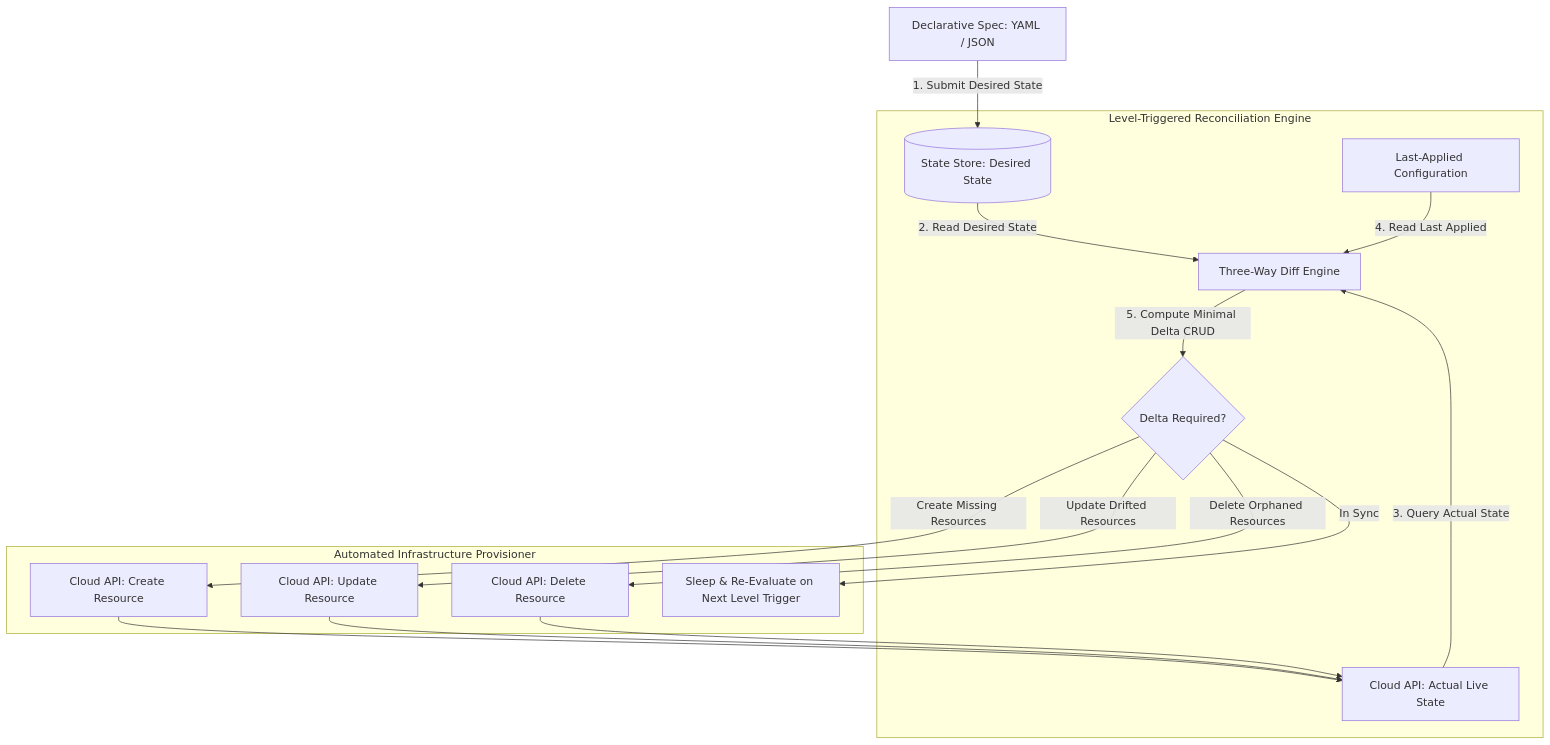
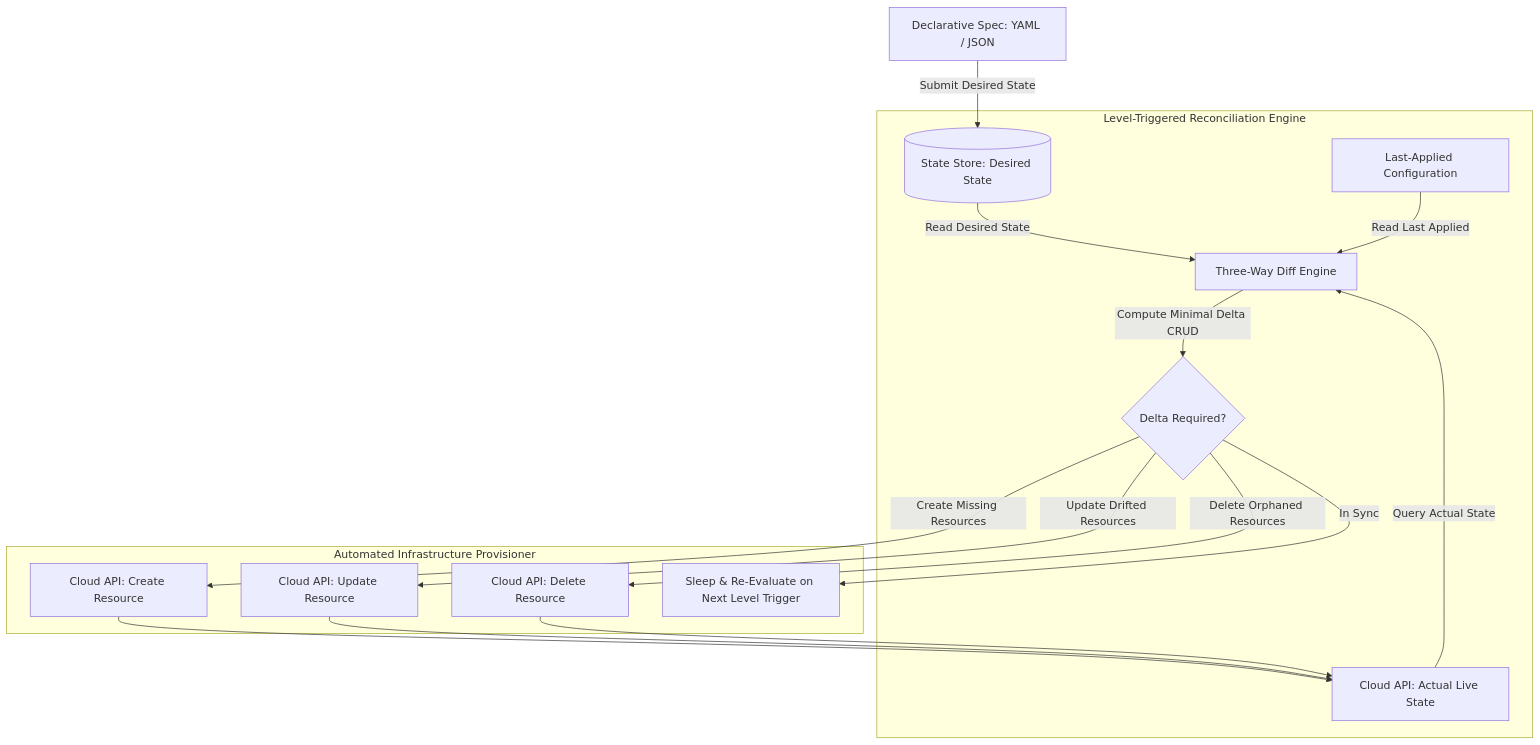
One commit to akmalkhaniub/akmalkhaniub.github.io changed the diagram in blog/posts/declarative-state-synchronization-custom-infrastructure-reconcilers.md. Above: the diagram before and after it, drawn with Mermaid. The commit also changed 411 other files, not shown here.

````diff
--- a/blog/posts/declarative-state-synchronization-custom-infrastructure-reconcilers.md
+++ b/blog/posts/declarative-state-synchronization-custom-infrastructure-reconcilers.md
@@ -17,23 +17,23 @@
 ```mermaid
-graph TD
-  User[Declarative Spec: YAML / JSON] -->|1. Submit Desired State| Store[(State Store: Desired State)]
+flowchart TD
+  User[Declarative Spec: YAML / JSON] -->|Submit Desired State| Store[(State Store: Desired State)]
   
   subgraph SG1_LevelTriggeredReconciliation ["Level-Triggered Reconciliation Engine"]
-    Store -->|2. Read Desired State| DiffEngine[Three-Way Diff Engine]
-    Live[Cloud API: Actual Live State] -->|3. Query Actual State| DiffEngine
-    Last[Last-Applied Configuration] -->|4. Read Last Applied| DiffEngine
+    Store -->|Read Desired State| DiffEngine[Three-Way Diff Engine]
+    Live[Cloud API: Actual Live State] -->|Query Actual State| DiffEngine
+    Last[Last-Applied Configuration] -->|Read Last Applied| DiffEngine
     
-    DiffEngine -->|5. Compute Minimal Delta CRUD| ActionPlan{Delta Required?}
+    DiffEngine -->|Compute Minimal Delta CRUD| ActionPlan{Delta Required?}
   end
   
   subgraph SG2_AutomatedInfrastructureProvisioner ["Automated Infrastructure Provisioner"]
     ActionPlan -->|Create Missing Resources| Provision[Cloud API: Create Resource]
     ActionPlan -->|Update Drifted Resources| Update[Cloud API: Update Resource]
     ActionPlan -->|Delete Orphaned Resources| Purge[Cloud API: Delete Resource]
     ActionPlan -->|In Sync| Sleep[Sleep & Re-Evaluate on Next Level Trigger]
     
     Provision --> Live
     Update --> Live
     Purge --> Live
   end
 ```
````
